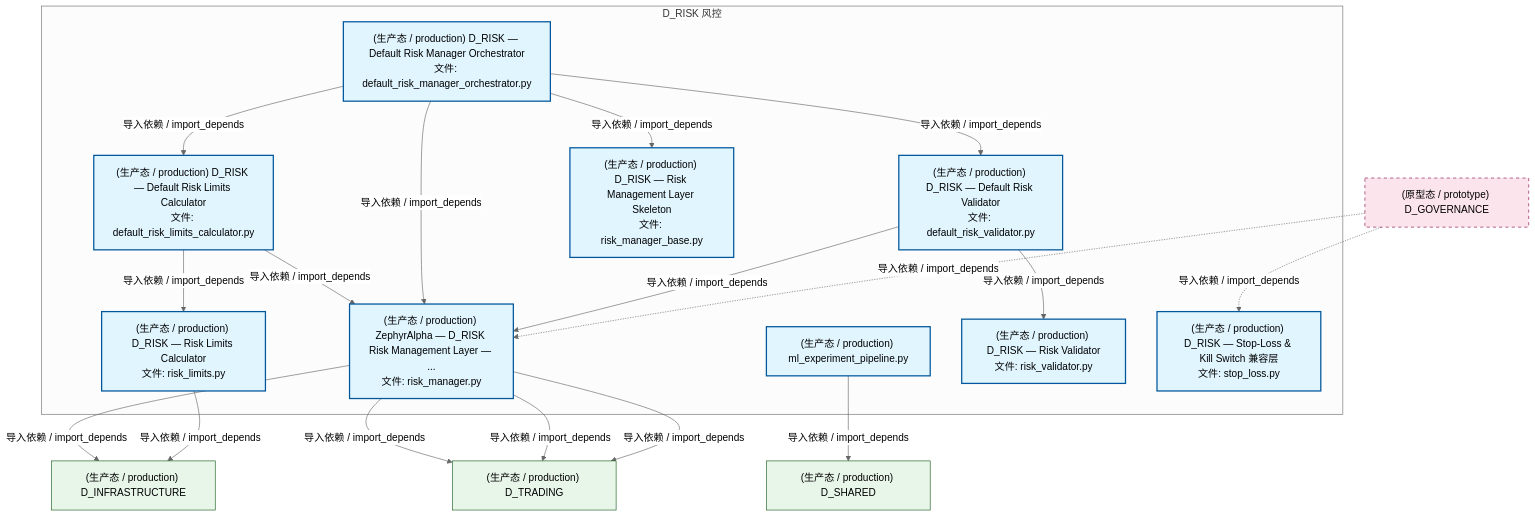
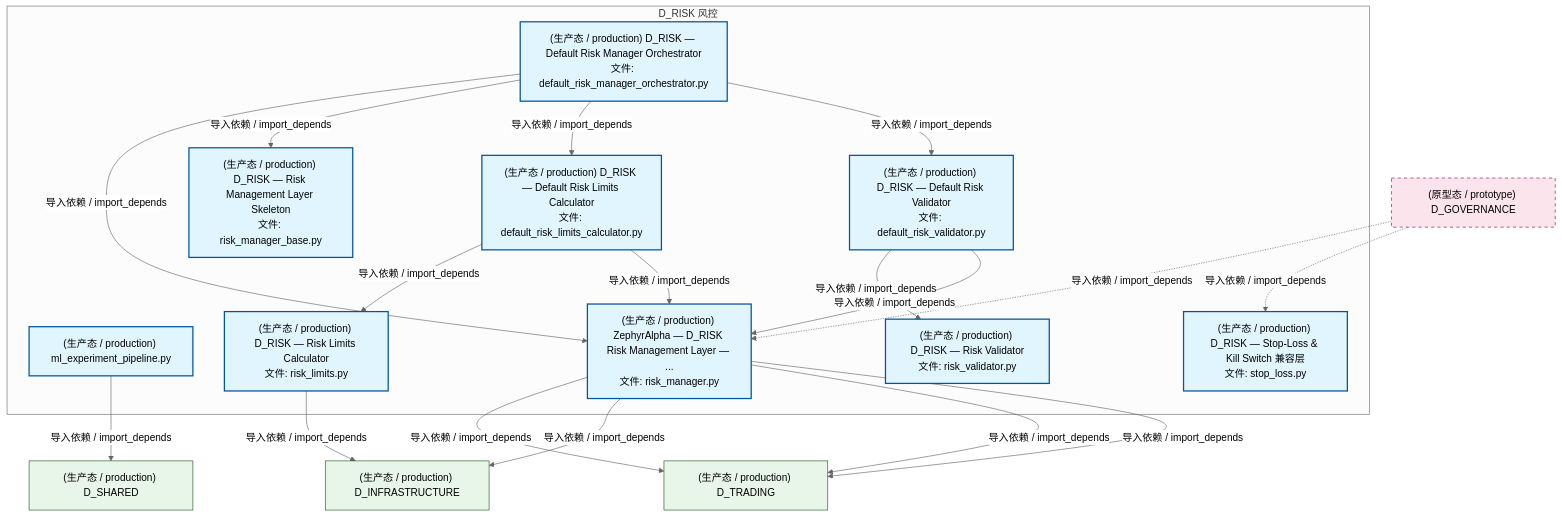
One commit to xuanFelixVan/ZephyrAlpha changed the second of 4 diagrams in docs/02_enterprise_architecture/02_domain_architecture_docs/54_d_risk.md. Above: the diagram before and after it, drawn with Mermaid (neutral theme). The commit also changed other lines of this file and 99 other files, not shown here.

````diff
--- a/docs/02_enterprise_architecture/02_domain_architecture_docs/54_d_risk.md
+++ b/docs/02_enterprise_architecture/02_domain_architecture_docs/54_d_risk.md
@@ -133,41 +133,41 @@
 ```mermaid
 graph TD
     subgraph D_RISK["D_RISK 风控"]
         src_zephyr_risk_cross_asset_cross_market_data_adapter_ml_experiment_pipeline_py["(生产态 / production) ml_experiment_pipeline.py"]
         src_zephyr_risk_implementations_default_risk_limits_calculator_py["(生产态 / production) D_RISK — Default Risk Limits Calculator<br/>文件: default_risk_limits_calculator.py"]
         src_zephyr_risk_implementations_default_risk_manager_orchestrator_py["(生产态 / production) D_RISK — Default Risk Manager Orchestrator<br/>文件: default_risk_manager_orchestrator.py"]
         src_zephyr_risk_implementations_default_risk_validator_py["(生产态 / production) D_RISK — Default Risk Validator<br/>文件: default_risk_validator.py"]
         src_zephyr_risk_risk_limits_py["(生产态 / production) D_RISK — Risk Limits Calculator<br/>文件: risk_limits.py"]
         src_zephyr_risk_risk_manager_py["(生产态 / production) ZephyrAlpha — D_RISK Risk Management Layer — ...<br/>文件: risk_manager.py"]
         src_zephyr_risk_risk_manager_base_py["(生产态 / production) D_RISK — Risk Management Layer Skeleton<br/>文件: risk_manager_base.py"]
         src_zephyr_risk_risk_validator_py["(生产态 / production) D_RISK — Risk Validator<br/>文件: risk_validator.py"]
         src_zephyr_risk_stop_loss_py["(生产态 / production) D_RISK — Stop-Loss & Kill Switch 兼容层<br/>文件: stop_loss.py"]
     end
     src_zephyr_risk_implementations_default_risk_limits_calculator_py -->|导入依赖 / import_depends| src_zephyr_risk_risk_limits_py
     src_zephyr_risk_implementations_default_risk_limits_calculator_py -->|导入依赖 / import_depends| src_zephyr_risk_risk_manager_py
+    src_zephyr_risk_implementations_default_risk_validator_py -->|导入依赖 / import_depends| src_zephyr_risk_risk_validator_py
+    src_zephyr_risk_implementations_default_risk_validator_py -->|导入依赖 / import_depends| src_zephyr_risk_risk_manager_py
     src_zephyr_risk_implementations_default_risk_manager_orchestrator_py -->|导入依赖 / import_depends| src_zephyr_risk_risk_manager_py
     src_zephyr_risk_implementations_default_risk_manager_orchestrator_py -->|导入依赖 / import_depends| src_zephyr_risk_risk_manager_base_py
     src_zephyr_risk_implementations_default_risk_manager_orchestrator_py -->|导入依赖 / import_depends| src_zephyr_risk_implementations_default_risk_limits_calculator_py
     src_zephyr_risk_implementations_default_risk_manager_orchestrator_py -->|导入依赖 / import_depends| src_zephyr_risk_implementations_default_risk_validator_py
-    src_zephyr_risk_implementations_default_risk_validator_py -->|导入依赖 / import_depends| src_zephyr_risk_risk_validator_py
-    src_zephyr_risk_implementations_default_risk_validator_py -->|导入依赖 / import_depends| src_zephyr_risk_risk_manager_py
+    D_TRADING["(生产态 / production) D_TRADING"]
+    src_zephyr_risk_risk_manager_py -->|导入依赖 / import_depends| D_TRADING
     D_INFRASTRUCTURE["(生产态 / production) D_INFRASTRUCTURE"]
     src_zephyr_risk_risk_manager_py -->|导入依赖 / import_depends| D_INFRASTRUCTURE
-    D_TRADING["(生产态 / production) D_TRADING"]
-    src_zephyr_risk_risk_manager_py -->|导入依赖 / import_depends| D_TRADING
     src_zephyr_risk_risk_manager_py -->|导入依赖 / import_depends| D_TRADING
     src_zephyr_risk_risk_manager_py -->|导入依赖 / import_depends| D_TRADING
     src_zephyr_risk_risk_limits_py -->|导入依赖 / import_depends| D_INFRASTRUCTURE
     D_SHARED["(生产态 / production) D_SHARED"]
     src_zephyr_risk_cross_asset_cross_market_data_adapter_ml_experiment_pipeline_py -->|导入依赖 / import_depends| D_SHARED
     D_GOVERNANCE["(原型态 / prototype) D_GOVERNANCE"]
     D_GOVERNANCE -.->|导入依赖 / import_depends| src_zephyr_risk_risk_manager_py
     D_GOVERNANCE -.->|导入依赖 / import_depends| src_zephyr_risk_stop_loss_py
     classDef production fill:#e1f5fe,stroke:#01579b,stroke-width:2px,color:#000
     classDef design fill:#fff3e0,stroke:#e65100,stroke-width:2px,color:#000,stroke-dasharray: 5 5
     classDef external_prod fill:#e8f5e9,stroke:#1b5e20,stroke-width:1px,color:#000
     classDef external_design fill:#fce4ec,stroke:#880e4f,stroke-width:1px,color:#000,stroke-dasharray: 5 5
     class src_zephyr_risk_cross_asset_cross_market_data_adapter_ml_experiment_pipeline_py,src_zephyr_risk_implementations_default_risk_limits_calculator_py,src_zephyr_risk_implementations_default_risk_manager_orchestrator_py,src_zephyr_risk_implementations_default_risk_validator_py,src_zephyr_risk_risk_limits_py,src_zephyr_risk_risk_manager_py,src_zephyr_risk_risk_manager_base_py,src_zephyr_risk_risk_validator_py,src_zephyr_risk_stop_loss_py production
-    class D_INFRASTRUCTURE,D_TRADING,D_SHARED external_prod
+    class D_TRADING,D_INFRASTRUCTURE,D_SHARED external_prod
     class D_GOVERNANCE external_design
 ```
````
